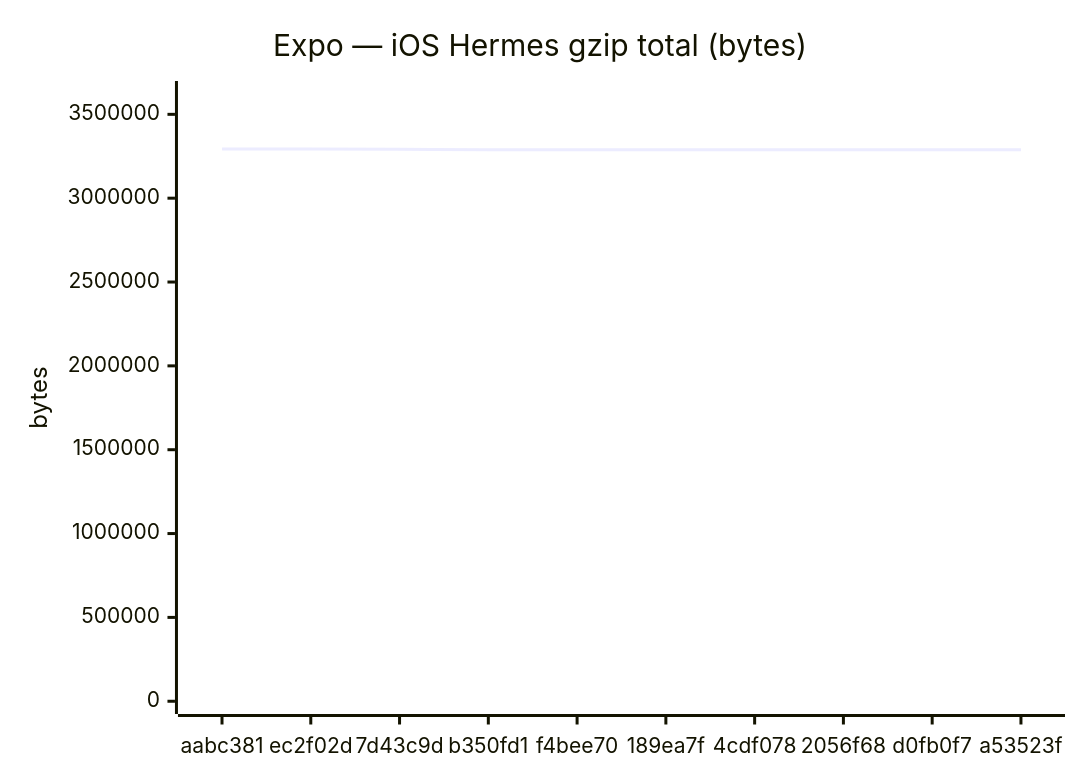
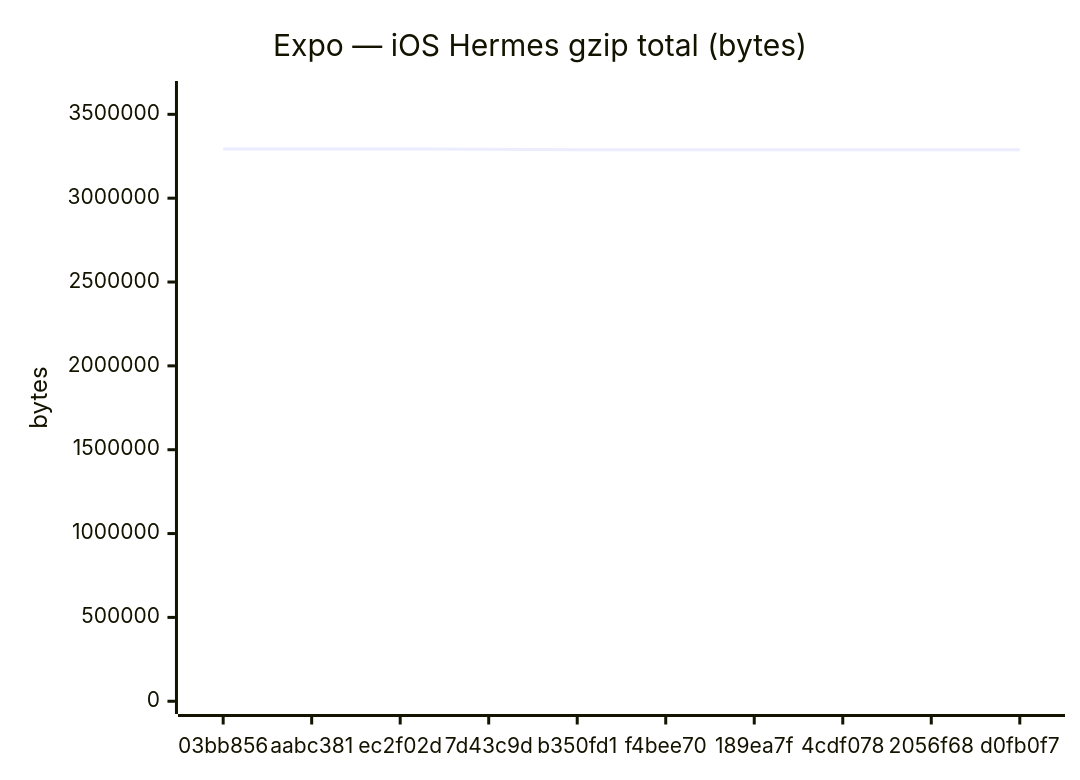
Before and after one commit to Metaheurist/Rianell: the sixth of 18 diagrams in benchmarks/compare.md, drawn with Mermaid. The commit also changed other lines of this file and 11 other files, not shown here.

````diff
--- a/benchmarks/compare.md
+++ b/benchmarks/compare.md
@@ -96,7 +96,7 @@
 ```mermaid
 xychart-beta
     title "Expo — iOS Hermes gzip total (bytes)"
-    x-axis ["aabc381", "ec2f02d", "7d43c9d", "b350fd1", "f4bee70", "189ea7f", "4cdf078", "2056f68", "d0fb0f7", "a53523f"]
+    x-axis ["03bb856", "aabc381", "ec2f02d", "7d43c9d", "b350fd1", "f4bee70", "189ea7f", "4cdf078", "2056f68", "d0fb0f7"]
     y-axis "bytes" 0 --> 3622750
-    line [3293409, 3293314, 3291396, 3288856, 3288399, 3288861, 3288877, 3288270, 3288272, 3288270]
+    line [3293200, 3293409, 3293314, 3291396, 3288856, 3288399, 3288861, 3288877, 3288270, 3288272]
 ```
````
